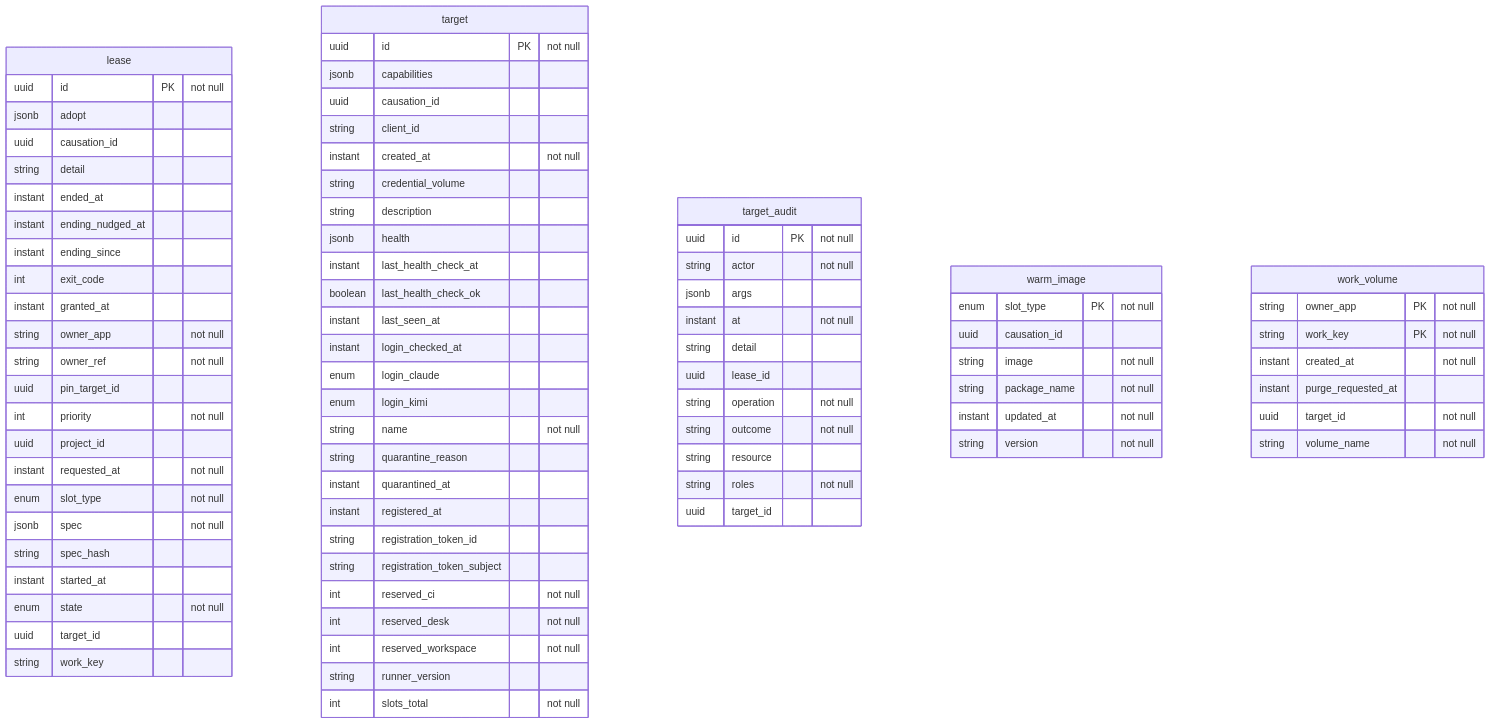
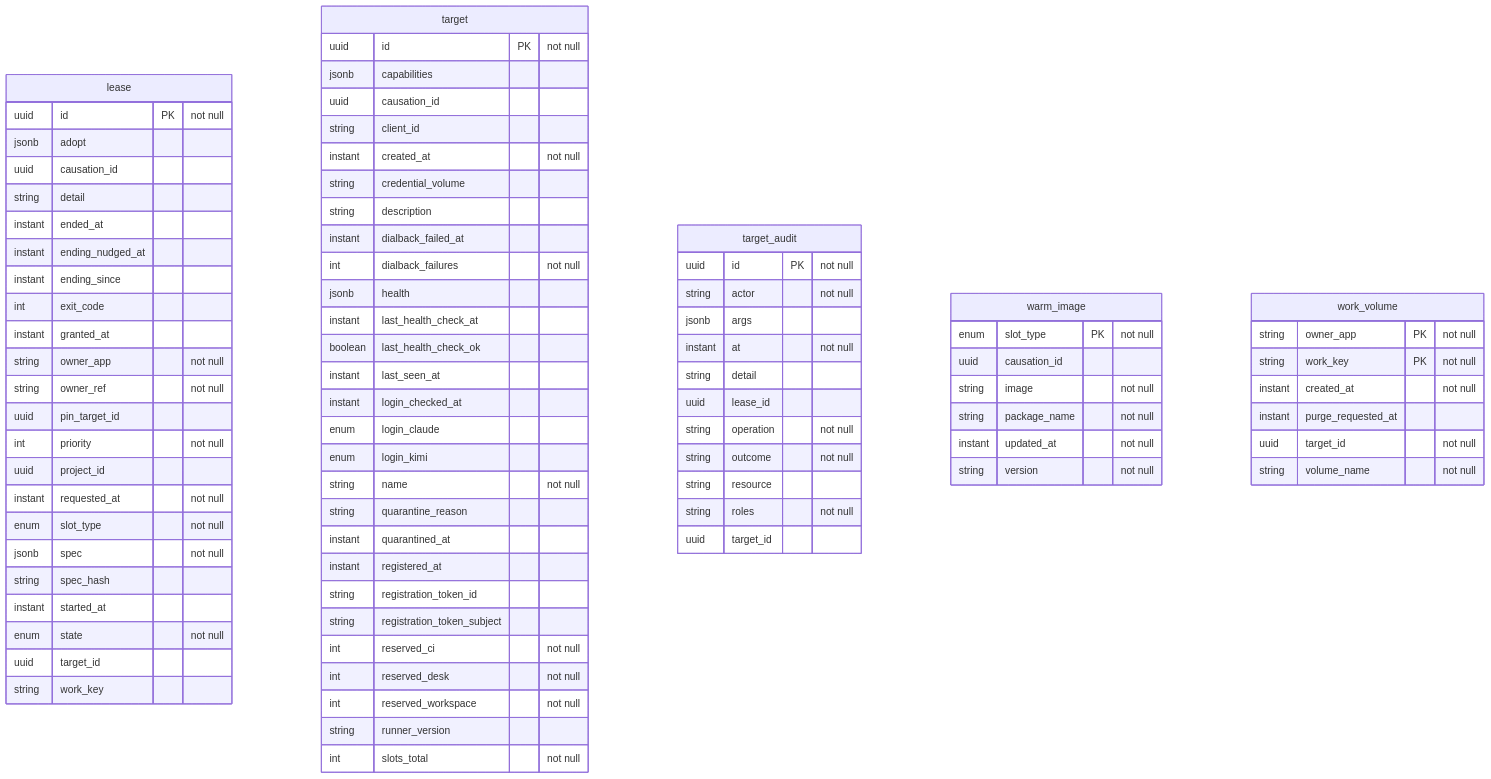
The diagram in docs/database/system.md (QuicklyIterateTheSoftware/qits-system-service), drawn with Mermaid before and after one commit. The commit also changed 11 other files, not shown here.

```diff
--- a/docs/database/system.md
+++ b/docs/database/system.md
@@ -39,6 +39,8 @@
     instant created_at "not null"
     string credential_volume
     string description
+    instant dialback_failed_at
+    int dialback_failures "not null"
     jsonb health
     instant last_health_check_at
     boolean last_health_check_ok
```
